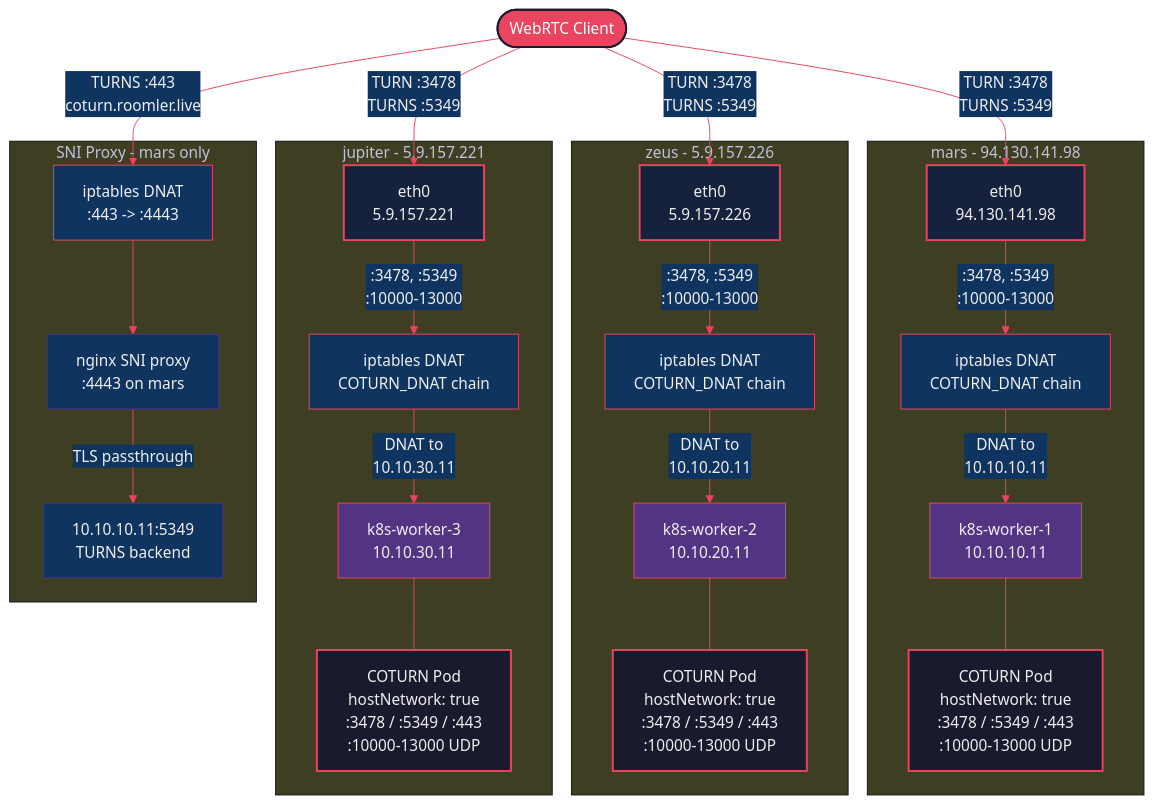
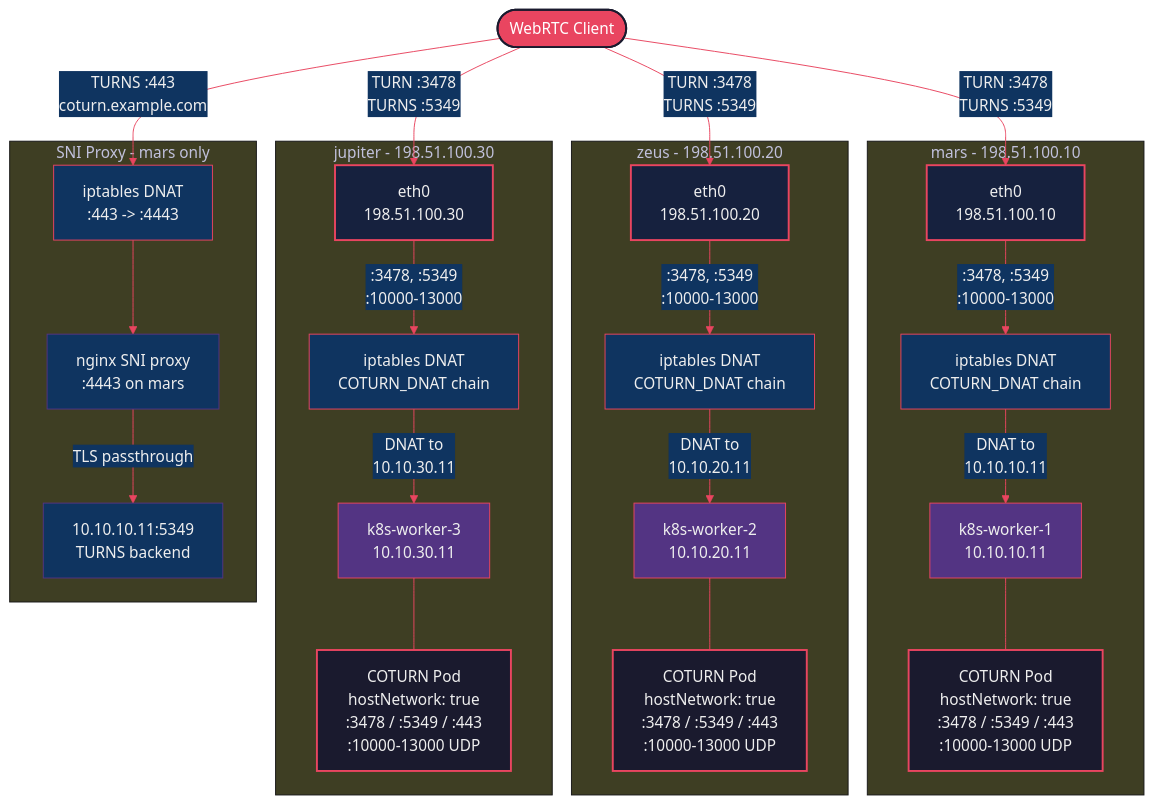
One commit to gjovanov/k8s-cluster-multi changed the diagram in docs/diagrams/05-coturn-flow.mmd. Above: the diagram before and after it, drawn with Mermaid. The commit also changed 24 other files, not shown here.

```diff
--- a/docs/diagrams/05-coturn-flow.mmd
+++ b/docs/diagrams/05-coturn-flow.mmd
@@ -1,64 +1,64 @@
 %%{init: {'theme': 'base', 'themeVariables': {'primaryColor': '#1a1a2e', 'primaryTextColor': '#eee', 'lineColor': '#e94560', 'secondaryColor': '#0f3460'}}}%%
 graph TB
     CLIENT([WebRTC Client])
 
-    subgraph MARS_FLOW["mars - 94.130.141.98"]
-        MARS_IFACE["eth0<br/>94.130.141.98"]
+    subgraph MARS_FLOW["mars - 198.51.100.10"]
+        MARS_IFACE["eth0<br/>198.51.100.10"]
         MARS_IPT["iptables DNAT<br/>COTURN_DNAT chain"]
         MARS_W["k8s-worker-1<br/>10.10.10.11"]
         MARS_COTURN["COTURN Pod<br/>hostNetwork: true<br/>:3478 / :5349 / :443<br/>:10000-13000 UDP"]
 
         MARS_IFACE -->|":3478, :5349<br/>:10000-13000"| MARS_IPT
         MARS_IPT -->|"DNAT to<br/>10.10.10.11"| MARS_W
         MARS_W --- MARS_COTURN
     end
 
-    subgraph ZEUS_FLOW["zeus - 5.9.157.226"]
-        ZEUS_IFACE["eth0<br/>5.9.157.226"]
+    subgraph ZEUS_FLOW["zeus - 198.51.100.20"]
+        ZEUS_IFACE["eth0<br/>198.51.100.20"]
         ZEUS_IPT["iptables DNAT<br/>COTURN_DNAT chain"]
         ZEUS_W["k8s-worker-2<br/>10.10.20.11"]
         ZEUS_COTURN["COTURN Pod<br/>hostNetwork: true<br/>:3478 / :5349 / :443<br/>:10000-13000 UDP"]
 
         ZEUS_IFACE -->|":3478, :5349<br/>:10000-13000"| ZEUS_IPT
         ZEUS_IPT -->|"DNAT to<br/>10.10.20.11"| ZEUS_W
         ZEUS_W --- ZEUS_COTURN
     end
 
-    subgraph JUPITER_FLOW["jupiter - 5.9.157.221"]
-        JUPITER_IFACE["eth0<br/>5.9.157.221"]
+    subgraph JUPITER_FLOW["jupiter - 198.51.100.30"]
+        JUPITER_IFACE["eth0<br/>198.51.100.30"]
         JUPITER_IPT["iptables DNAT<br/>COTURN_DNAT chain"]
         JUPITER_W["k8s-worker-3<br/>10.10.30.11"]
         JUPITER_COTURN["COTURN Pod<br/>hostNetwork: true<br/>:3478 / :5349 / :443<br/>:10000-13000 UDP"]
 
         JUPITER_IFACE -->|":3478, :5349<br/>:10000-13000"| JUPITER_IPT
         JUPITER_IPT -->|"DNAT to<br/>10.10.30.11"| JUPITER_W
         JUPITER_W --- JUPITER_COTURN
     end
 
     subgraph SNI["SNI Proxy - mars only"]
         SNI_PROXY["nginx SNI proxy<br/>:4443 on mars"]
         SNI_IPTABLES["iptables DNAT<br/>:443 -> :4443"]
         SNI_BACKEND["10.10.10.11:5349<br/>TURNS backend"]
 
         SNI_IPTABLES --> SNI_PROXY
         SNI_PROXY -->|"TLS passthrough"| SNI_BACKEND
     end
 
     CLIENT -->|"TURN :3478<br/>TURNS :5349"| MARS_IFACE
     CLIENT -->|"TURN :3478<br/>TURNS :5349"| ZEUS_IFACE
     CLIENT -->|"TURN :3478<br/>TURNS :5349"| JUPITER_IFACE
-    CLIENT -->|"TURNS :443<br/>coturn.roomler.live"| SNI_IPTABLES
+    CLIENT -->|"TURNS :443<br/>coturn.example.com"| SNI_IPTABLES
 
     classDef clientStyle fill:#e94560,stroke:#1a1a2e,stroke-width:2px,color:#fff
     classDef ifaceStyle fill:#16213e,stroke:#e94560,stroke-width:2px,color:#eee
     classDef iptStyle fill:#0f3460,stroke:#e94560,stroke-width:1px,color:#eee
     classDef workerStyle fill:#533483,stroke:#e94560,stroke-width:1px,color:#eee
     classDef coturnStyle fill:#1a1a2e,stroke:#e94560,stroke-width:2px,color:#eee
     classDef sniStyle fill:#0f3460,stroke:#533483,stroke-width:1px,color:#eee
 
     class CLIENT clientStyle
     class MARS_IFACE,ZEUS_IFACE,JUPITER_IFACE ifaceStyle
     class MARS_IPT,ZEUS_IPT,JUPITER_IPT,SNI_IPTABLES iptStyle
     class MARS_W,ZEUS_W,JUPITER_W workerStyle
     class MARS_COTURN,ZEUS_COTURN,JUPITER_COTURN coturnStyle
     class SNI_PROXY,SNI_BACKEND sniStyle
```
